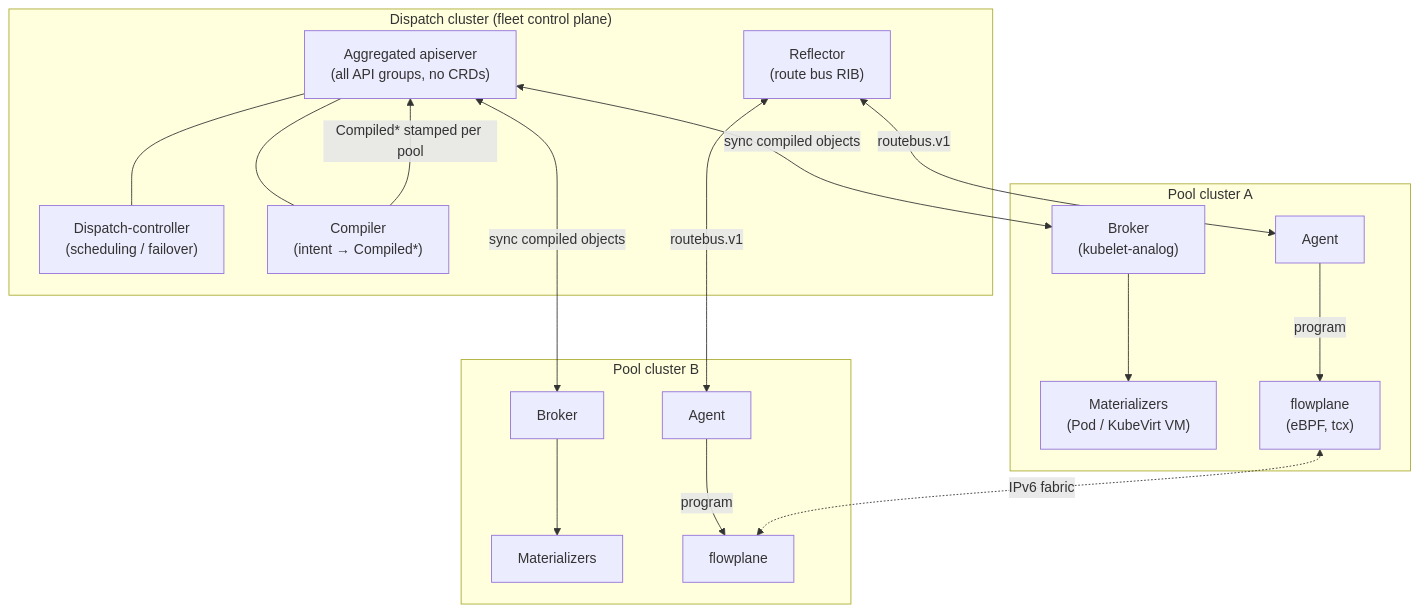
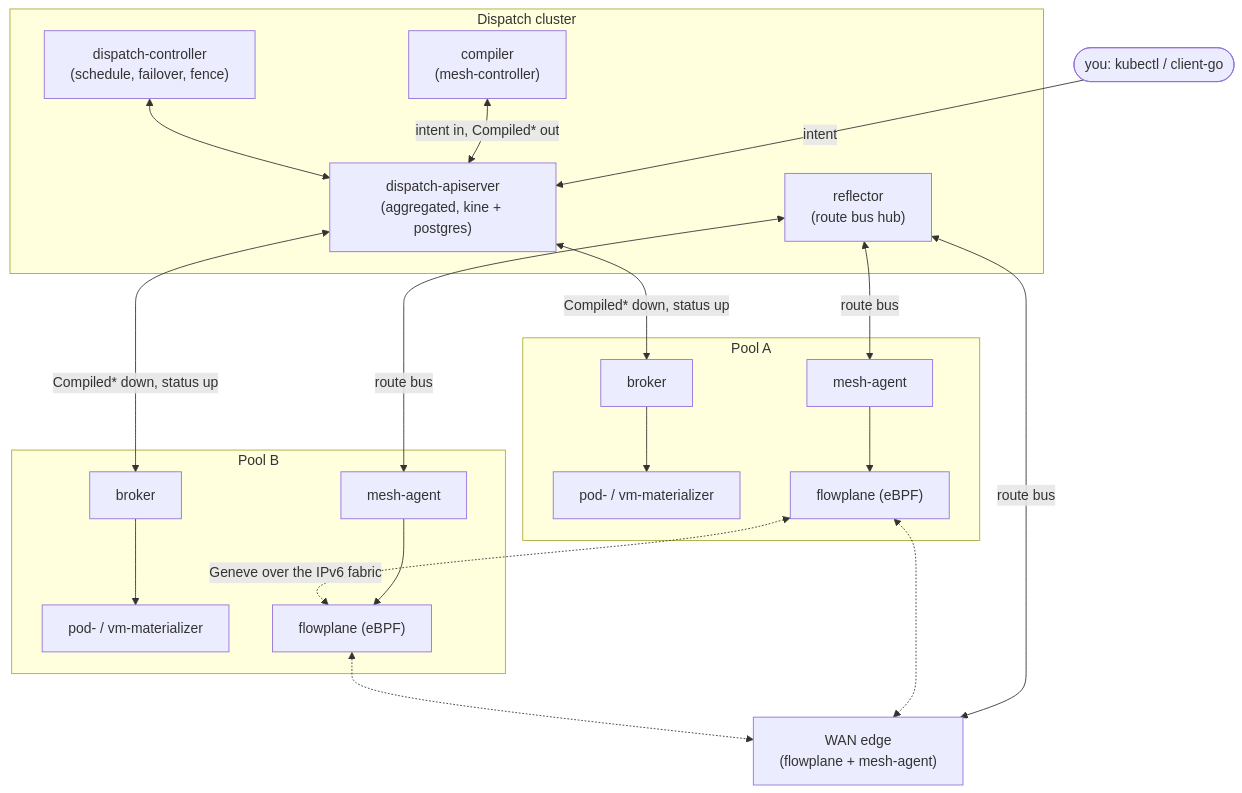
The diagram in docs/index.md (trevex/ectobase), drawn with Mermaid before and after one commit. The commit also changed other lines of this file and 57 other files, not shown here.

First line of the commit message:
docs: rework concepts, architecture, networking, operating, reference and contributing

````diff
--- a/docs/index.md
+++ b/docs/index.md
@@ -20,36 +74,39 @@
 ```mermaid
 flowchart TB
-    subgraph dispatch["Dispatch cluster (fleet control plane)"]
-        api["Aggregated apiserver<br/>(all API groups, no CRDs)"]
-        hubctl["Dispatch-controller<br/>(scheduling / failover)"]
-        compiler["Compiler<br/>(intent → Compiled*)"]
-        refl["Reflector<br/>(route bus RIB)"]
-        api --- compiler
-        api --- hubctl
+    user(["you: kubectl / client-go"])
+
+    subgraph dispatch["Dispatch cluster"]
+        api["dispatch-apiserver<br/>(aggregated, kine + postgres)"]
+        compiler["compiler<br/>(mesh-controller)"]
+        dctl["dispatch-controller<br/>(schedule, failover, fence)"]
+        refl["reflector<br/>(route bus hub)"]
     end
 
-    subgraph poolA["Pool cluster A"]
-        brokerA["Broker<br/>(kubelet-analog)"]
-        matA["Materializers<br/>(Pod / KubeVirt VM)"]
-        agentA["Agent"]
-        dpA["flowplane<br/>(eBPF, tcx)"]
-        brokerA --> matA
-        agentA -->|program| dpA
+    subgraph poolA["Pool A"]
+        brokerA["broker"]
+        matA["pod- / vm-materializer"]
+        agentA["mesh-agent"]
+        fpA["flowplane (eBPF)"]
     end
 
-    subgraph poolB["Pool cluster B"]
-        brokerB["Broker"]
-        matB["Materializers"]
-        agentB["Agent"]
-        dpB["flowplane"]
-        brokerB --> matB
-        agentB -->|program| dpB
+    subgraph poolB["Pool B"]
+        brokerB["broker"]
+        matB["pod- / vm-materializer"]
+        agentB["mesh-agent"]
+        fpB["flowplane (eBPF)"]
     end
 
-    compiler -->|Compiled* stamped per pool| api
-    api <-->|sync compiled objects| brokerA
-    api <-->|sync compiled objects| brokerB
-    refl <-->|routebus.v1| agentA
-    refl <-->|routebus.v1| agentB
-    dpA <-. IPv6 fabric .-> dpB
+    edge["WAN edge<br/>(flowplane + mesh-agent)"]
+
+    user -->|intent| api
+    compiler <-->|"intent in, Compiled* out"| api
+    dctl <--> api
+    api <-->|"Compiled* down, status up"| brokerA & brokerB
+    brokerA --> matA
+    brokerB --> matB
+    agentA --> fpA
+    agentB --> fpB
+    refl <-->|route bus| agentA & agentB & edge
+    fpA <-.->|"Geneve over the IPv6 fabric"| fpB
+    fpA & fpB <-.-> edge
 ```
````
